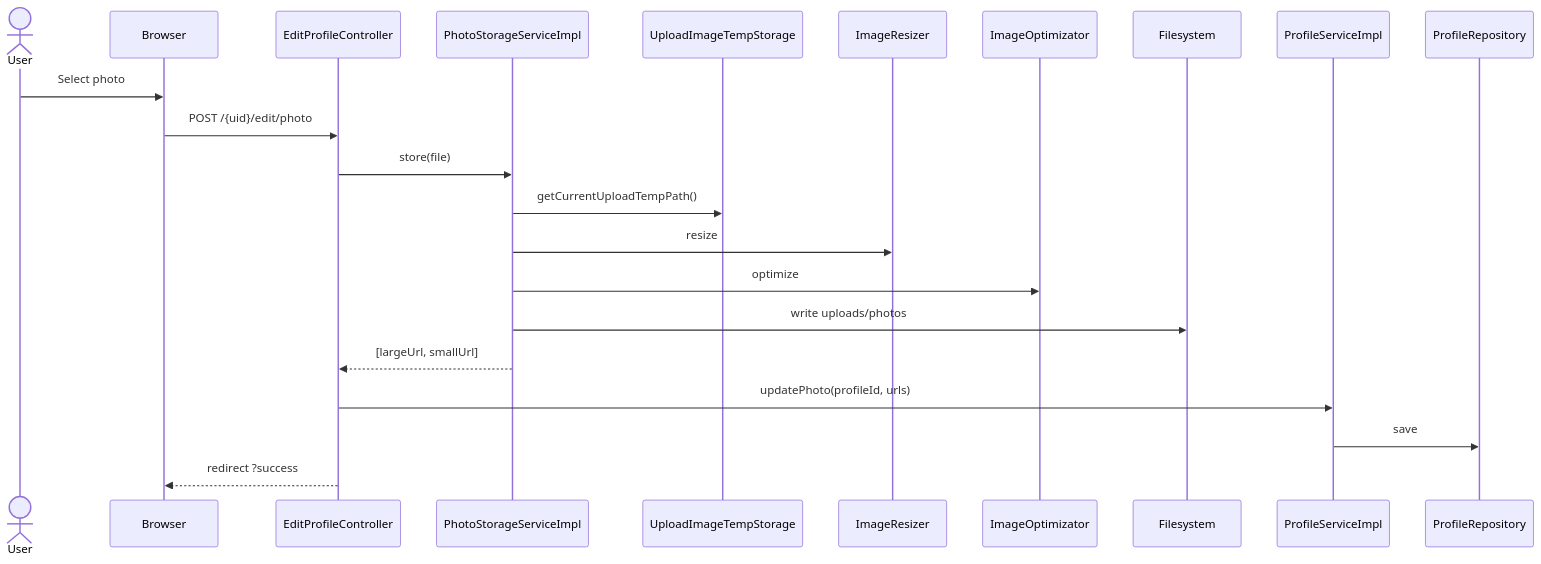
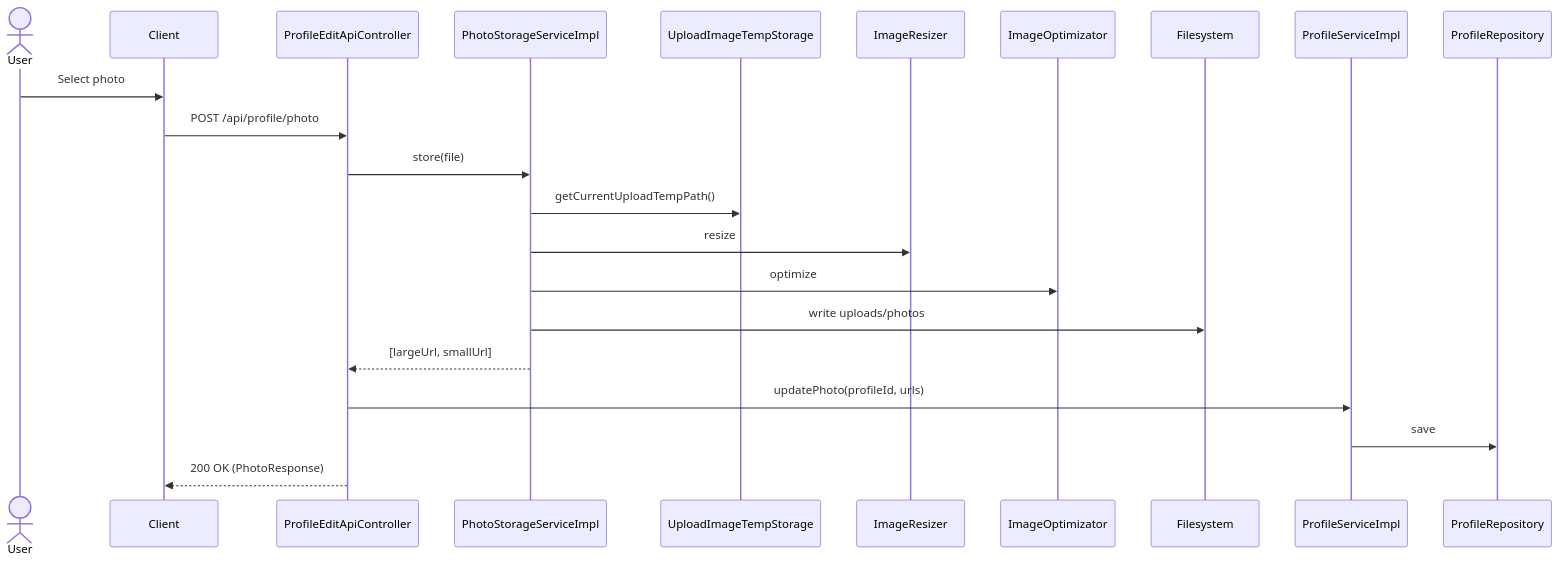
The fifth of 6 diagrams in ARCHITECTURE.md (olekraua/resume), drawn with Mermaid before and after one commit. The commit also changed other lines of this file and 5 other files, not shown here.

````diff
--- a/ARCHITECTURE.md
+++ b/ARCHITECTURE.md
@@ -168,25 +169,25 @@
 ```mermaid
 sequenceDiagram
     actor User
-    participant Browser
-    participant Ctrl as EditProfileController
+    participant Client
+    participant Ctrl as ProfileEditApiController
     participant PhotoSvc as PhotoStorageServiceImpl
     participant Temp as UploadImageTempStorage
     participant Resizer as ImageResizer
     participant Optim as ImageOptimizator
     participant FS as Filesystem
     participant ProfileSvc as ProfileServiceImpl
     participant ProfileRepo as ProfileRepository
 
-    User->>Browser: Select photo
-    Browser->>Ctrl: POST /{uid}/edit/photo
+    User->>Client: Select photo
+    Client->>Ctrl: POST /api/profile/photo
     Ctrl->>PhotoSvc: store(file)
     PhotoSvc->>Temp: getCurrentUploadTempPath()
     PhotoSvc->>Resizer: resize
     PhotoSvc->>Optim: optimize
     PhotoSvc->>FS: write uploads/photos
     PhotoSvc-->>Ctrl: [largeUrl, smallUrl]
     Ctrl->>ProfileSvc: updatePhoto(profileId, urls)
     ProfileSvc->>ProfileRepo: save
-    Ctrl-->>Browser: redirect ?success
+    Ctrl-->>Client: 200 OK (PhotoResponse)
 ```
````
